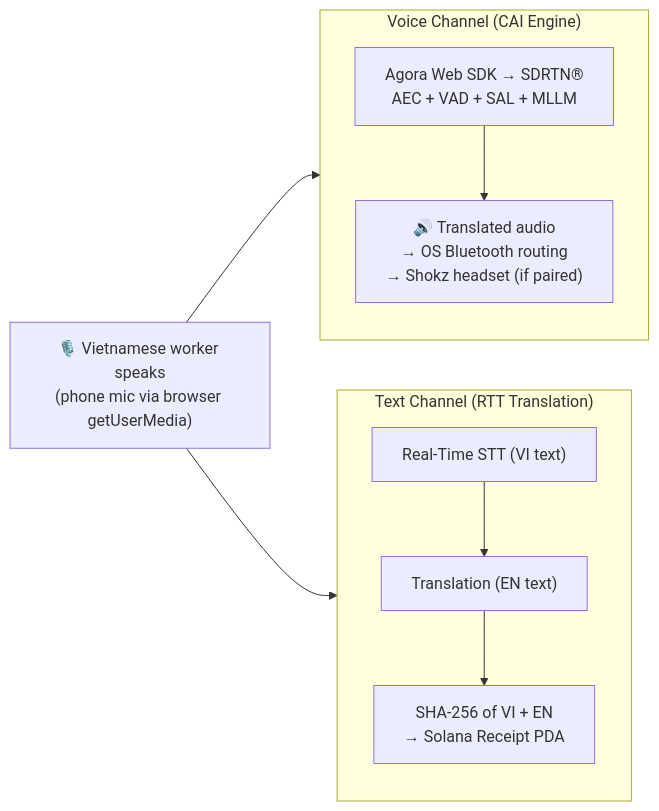
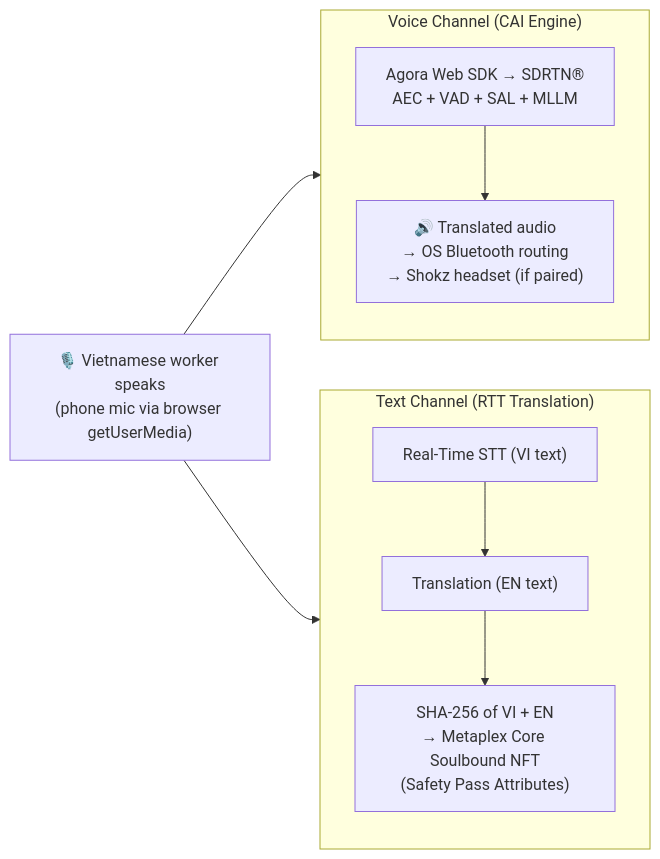
Before and after one commit to zok213/CONVO: the third of 20 diagrams in docs/WaveLens_Lite_v8_DaNang2026.md, drawn with Mermaid. The commit also changed other lines of this file and 57 other files, not shown here.

````diff
--- a/docs/WaveLens_Lite_v8_DaNang2026.md
+++ b/docs/WaveLens_Lite_v8_DaNang2026.md
@@ -225,25 +233,26 @@
 ```mermaid
 graph LR
     AUDIO["🎙️ Vietnamese worker speaks
 (phone mic via browser getUserMedia)"]
 
     subgraph VC ["Voice Channel (CAI Engine)"]
         V1["Agora Web SDK → SDRTN®
 AEC + VAD + SAL + MLLM"]
         V2["🔊 Translated audio
 → OS Bluetooth routing
 → Shokz headset (if paired)"]
         V1 --> V2
     end
 
     subgraph TC ["Text Channel (RTT Translation)"]
         T1["Real-Time STT (VI text)"]
         T2["Translation (EN text)"]
         T3["SHA-256 of VI + EN
-→ Solana Receipt PDA"]
+→ Metaplex Core Soulbound NFT
+(Safety Pass Attributes)"]
         T1 --> T2 --> T3
     end
 
     AUDIO --> VC
     AUDIO --> TC
 ```
````
